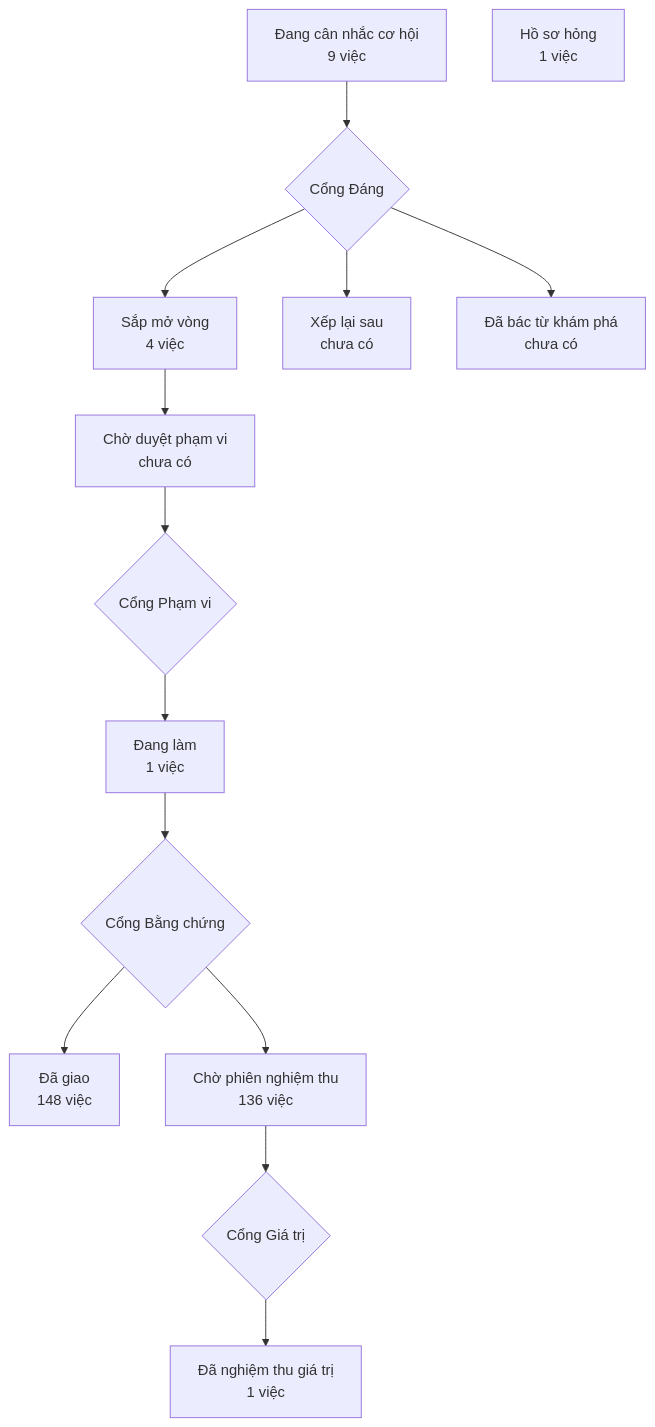
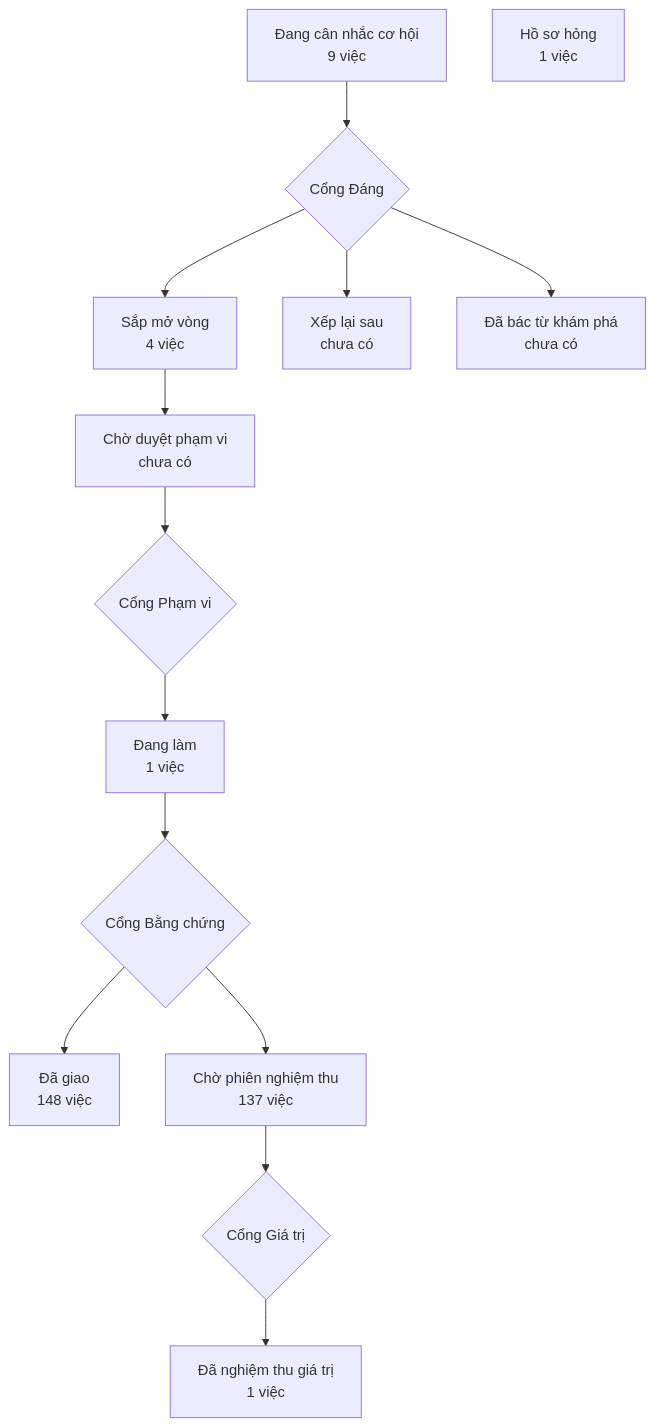
One commit to phanlemanh/crm-onehub changed the diagram in PRODUCT-MAP.md. Above: the diagram before and after it, drawn with Mermaid. The commit also changed 1 other file, not shown here.

Commit message:
chore(dau-trang-okr-cho-nut-hoi-kara): vẽ lại bản đồ sau gộp onehub 5bae4cb00

````diff
--- a/PRODUCT-MAP.md
+++ b/PRODUCT-MAP.md
@@ -7,13 +7,13 @@
 ```mermaid
 flowchart TD
   A["Đang cân nhắc cơ hội<br/>9 việc"] --> GD{"Cổng Đáng"}
   GD --> B["Sắp mở vòng<br/>4 việc"]
   GD --> XL["Xếp lại sau<br/>chưa có"]
   GD --> DB["Đã bác từ khám phá<br/>chưa có"]
   B --> CD["Chờ duyệt phạm vi<br/>chưa có"] --> GP{"Cổng Phạm vi"}
   GP --> DL["Đang làm<br/>1 việc"] --> GB{"Cổng Bằng chứng"}
   GB --> DG["Đã giao<br/>148 việc"]
-  GB --> CN["Chờ phiên nghiệm thu<br/>136 việc"] --> GG{"Cổng Giá trị"}
+  GB --> CN["Chờ phiên nghiệm thu<br/>137 việc"] --> GG{"Cổng Giá trị"}
   GG --> NT["Đã nghiệm thu giá trị<br/>1 việc"]
   HS["Hồ sơ hỏng<br/>1 việc"]
 ```
````
